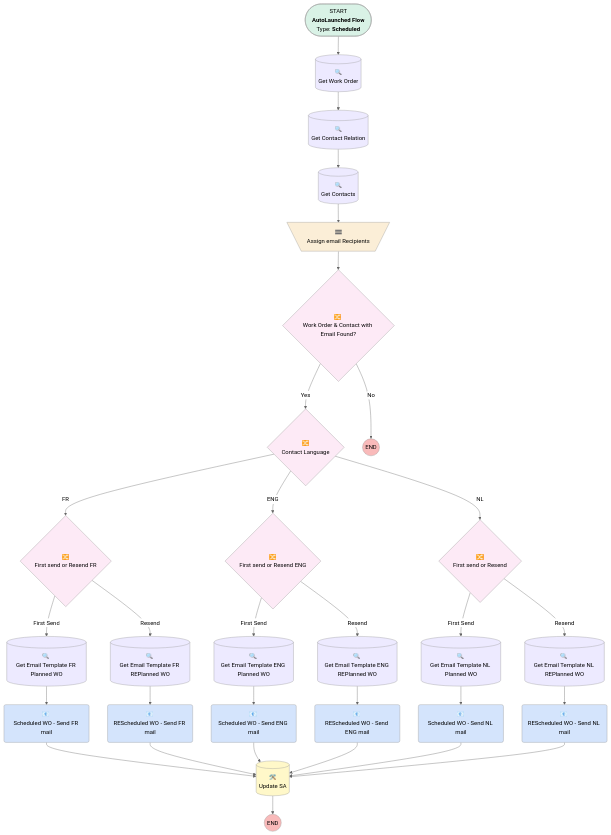
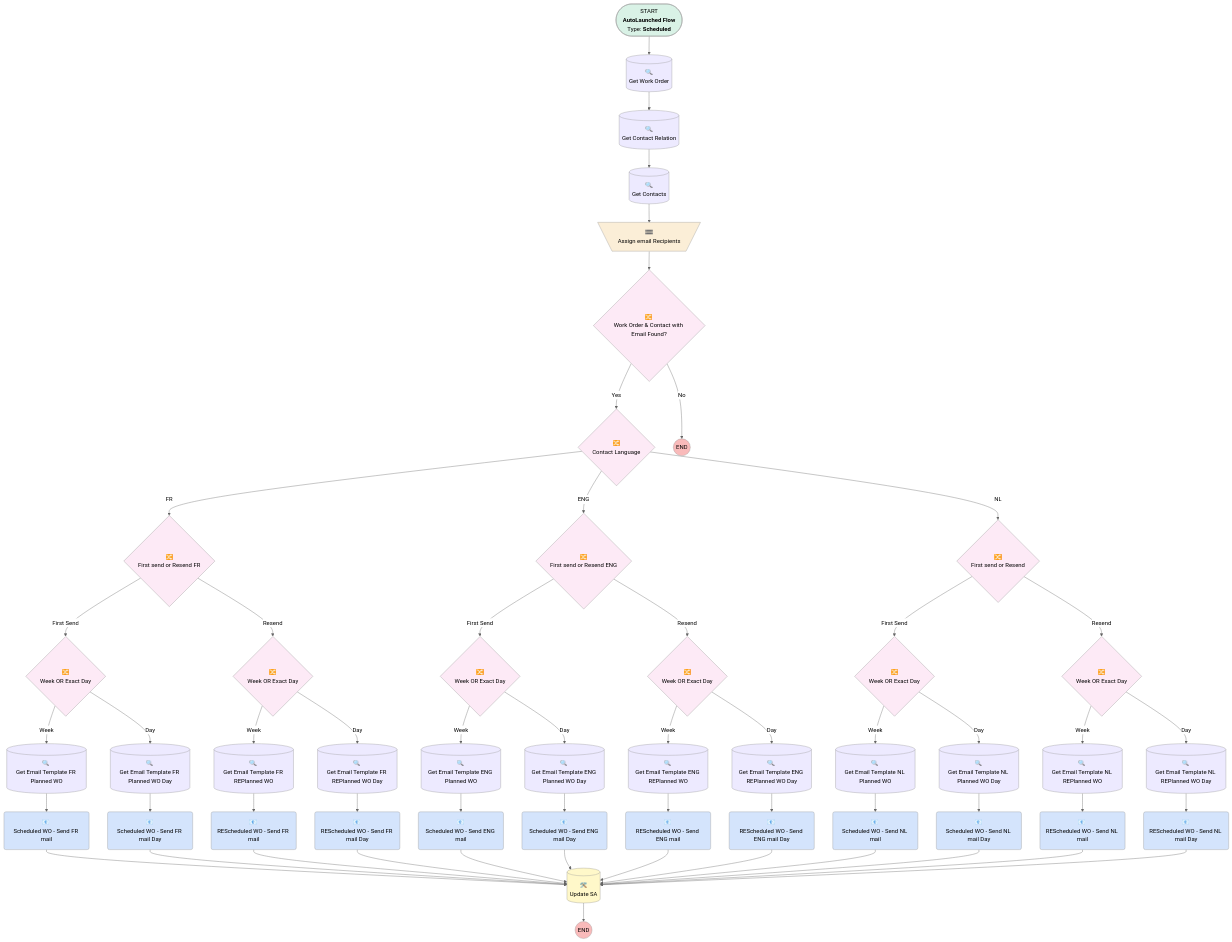
One commit to fpardon-upeo/krinkels-monitoring changed the diagram in docs/flows/Service_Appointment_Scheduled_Customer_Notification.md. Above: the diagram before and after it, drawn with Mermaid (neutral theme). The commit also changed other lines of this file and 254 other files, not shown here.

````diff
--- a/docs/flows/Service_Appointment_Scheduled_Customer_Notification.md
+++ b/docs/flows/Service_Appointment_Scheduled_Customer_Notification.md
@@ -11,25 +11,43 @@
 
 flowchart TB
 START(["START<br/><b>AutoLaunched Flow</b></br>Type: <b> Scheduled</b>"]):::startClass
-click START "#general-information" "1013521487"
+click START "#general-information" "1355914100"
 
 REScheduled_WO_Send_ENG_mail("📧 <em></em><br/>REScheduled WO - Send ENG mail"):::actionCalls
 click REScheduled_WO_Send_ENG_mail "#rescheduled_wo_send_eng_mail" "2135964102"
 
+REScheduled_WO_Send_ENG_mail_Day("📧 <em></em><br/>REScheduled WO - Send ENG mail Day"):::actionCalls
+click REScheduled_WO_Send_ENG_mail_Day "#rescheduled_wo_send_eng_mail_day" "1848631256"
+
 REScheduled_WO_Send_FR_mail("📧 <em></em><br/>REScheduled WO - Send FR mail"):::actionCalls
 click REScheduled_WO_Send_FR_mail "#rescheduled_wo_send_fr_mail" "1298286610"
+
+REScheduled_WO_Send_FR_mail_Day("📧 <em></em><br/>REScheduled WO - Send FR mail Day"):::actionCalls
+click REScheduled_WO_Send_FR_mail_Day "#rescheduled_wo_send_fr_mail_day" "3255687445"
 
 REScheduled_WO_Send_NL_mail("📧 <em></em><br/>REScheduled WO - Send NL mail"):::actionCalls
 click REScheduled_WO_Send_NL_mail "#rescheduled_wo_send_nl_mail" "3265677256"
 
+REScheduled_WO_Send_NL_mail_Day("📧 <em></em><br/>REScheduled WO - Send NL mail Day"):::actionCalls
+click REScheduled_WO_Send_NL_mail_Day "#rescheduled_wo_send_nl_mail_day" "3561876225"
+
 Scheduled_WO_Send_ENG_mail("📧 <em></em><br/>Scheduled WO - Send ENG mail"):::actionCalls
 click Scheduled_WO_Send_ENG_mail "#scheduled_wo_send_eng_mail" "3544746943"
+
+Scheduled_WO_Send_ENG_mail_Day("📧 <em></em><br/>Scheduled WO - Send ENG mail Day"):::actionCalls
+click Scheduled_WO_Send_ENG_mail_Day "#scheduled_wo_send_eng_mail_day" "4089875781"
 
 Scheduled_WO_Send_FR_mail("📧 <em></em><br/>Scheduled WO - Send FR mail"):::actionCalls
 click Scheduled_WO_Send_FR_mail "#scheduled_wo_send_fr_mail" "3198771491"
 
+Scheduled_WO_Send_FR_mail_Day("📧 <em></em><br/>Scheduled WO - Send FR mail Day"):::actionCalls
+click Scheduled_WO_Send_FR_mail_Day "#scheduled_wo_send_fr_mail_day" "1764086241"
+
 Scheduled_WO_Send_NL_mail("📧 <em></em><br/>Scheduled WO - Send NL mail"):::actionCalls
 click Scheduled_WO_Send_NL_mail "#scheduled_wo_send_nl_mail" "4240238333"
+
+Scheduled_WO_Send_NL_mail_Day("📧 <em></em><br/>Scheduled WO - Send NL mail Day"):::actionCalls
+click Scheduled_WO_Send_NL_mail_Day "#scheduled_wo_send_nl_mail_day" "1430351579"
 
 Assign_email_Recipients[\"🟰 <em></em><br/>Assign email Recipients"/]:::assignments
 click Assign_email_Recipients "#assign_email_recipients" "1274736035"
@@ -38,13 +56,31 @@
 click Contact_Language "#contact_language" "3593304308"
 
 First_send_or_Resend{"🔀 <em></em><br/>First send or Resend"}:::decisions
-click First_send_or_Resend "#first_send_or_resend" "3045810356"
+click First_send_or_Resend "#first_send_or_resend" "99629469"
 
 First_send_or_Resend_ENG{"🔀 <em></em><br/>First send or Resend ENG"}:::decisions
-click First_send_or_Resend_ENG "#first_send_or_resend_eng" "1805869661"
+click First_send_or_Resend_ENG "#first_send_or_resend_eng" "1733880066"
 
 First_send_or_Resend_FR{"🔀 <em></em><br/>First send or Resend FR"}:::decisions
-click First_send_or_Resend_FR "#first_send_or_resend_fr" "3510732964"
+click First_send_or_Resend_FR "#first_send_or_resend_fr" "3516670661"
+
+Week_OR_Exact_Day{"🔀 <em></em><br/>Week OR Exact Day"}:::decisions
+click Week_OR_Exact_Day "#week_or_exact_day" "3717360262"
+
+Week_OR_Exact_Day2{"🔀 <em></em><br/>Week OR Exact Day"}:::decisions
+click Week_OR_Exact_Day2 "#week_or_exact_day2" "3895424016"
+
+Week_OR_Exact_Day3{"🔀 <em></em><br/>Week OR Exact Day"}:::decisions
+click Week_OR_Exact_Day3 "#week_or_exact_day3" "1502737021"
+
+Week_OR_Exact_Day4{"🔀 <em></em><br/>Week OR Exact Day"}:::decisions
+click Week_OR_Exact_Day4 "#week_or_exact_day4" "3599736634"
+
+Week_OR_Exact_Day5{"🔀 <em></em><br/>Week OR Exact Day"}:::decisions
+click Week_OR_Exact_Day5 "#week_or_exact_day5" "767506239"
+
+Week_OR_Exact_Day6{"🔀 <em></em><br/>Week OR Exact Day"}:::decisions
+click Week_OR_Exact_Day6 "#week_or_exact_day6" "3028823591"
 
 Work_Order_Contact_with_Email_Found{"🔀 <em></em><br/>Work Order & Contact with Email Found?"}:::decisions
 click Work_Order_Contact_with_Email_Found "#work_order_contact_with_email_found" "531392331"
@@ -58,20 +94,38 @@
 Get_Email_Template_ENG_Planned_WO[("🔍 <em></em><br/>Get Email Template ENG Planned WO")]:::recordLookups
 click Get_Email_Template_ENG_Planned_WO "#get_email_template_eng_planned_wo" "2513349678"
 
+Get_Email_Template_ENG_Planned_WO_Day[("🔍 <em></em><br/>Get Email Template ENG Planned WO Day")]:::recordLookups
+click Get_Email_Template_ENG_Planned_WO_Day "#get_email_template_eng_planned_wo_day" "758035772"
+
 Get_Email_Template_ENG_REPlanned_WO[("🔍 <em></em><br/>Get Email Template ENG REPlanned WO")]:::recordLookups
 click Get_Email_Template_ENG_REPlanned_WO "#get_email_template_eng_replanned_wo" "3189420705"
+
+Get_Email_Template_ENG_REPlanned_WO_Day[("🔍 <em></em><br/>Get Email Template ENG REPlanned WO Day")]:::recordLookups
+click Get_Email_Template_ENG_REPlanned_WO_Day "#get_email_template_eng_replanned_wo_day" "3255117414"
 
 Get_Email_Template_FR_Planned_WO[("🔍 <em></em><br/>Get Email Template FR Planned WO")]:::recordLookups
 click Get_Email_Template_FR_Planned_WO "#get_email_template_fr_planned_wo" "2811645755"
 
+Get_Email_Template_FR_Planned_WO_Day[("🔍 <em></em><br/>Get Email Template FR Planned WO Day")]:::recordLookups
+click Get_Email_Template_FR_Planned_WO_Day "#get_email_template_fr_planned_wo_day" "572459346"
+
 Get_Email_Template_FR_REPlanned_WO[("🔍 <em></em><br/>Get Email Template FR REPlanned WO")]:::recordLookups
 click Get_Email_Template_FR_REPlanned_WO "#get_email_template_fr_replanned_wo" "1431363291"
+
+Get_Email_Template_FR_REPlanned_WO_Day[("🔍 <em></em><br/>Get Email Template FR REPlanned WO Day")]:::recordLookups
+click Get_Email_Template_FR_REPlanned_WO_Day "#get_email_template_fr_replanned_wo_day" "1099289124"
 
 Get_Email_Template_NL_Planned_WO[("🔍 <em></em><br/>Get Email Template NL Planned WO")]:::recordLookups
 click Get_Email_Template_NL_Planned_WO "#get_email_template_nl_planned_wo" "1854158430"
 
+Get_Email_Template_NL_Planned_WO_Day[("🔍 <em></em><br/>Get Email Template NL Planned WO Day")]:::recordLookups
+click Get_Email_Template_NL_Planned_WO_Day "#get_email_template_nl_planned_wo_day" "2012126435"
+
 Get_Email_Template_NL_REPlanned_WO[("🔍 <em></em><br/>Get Email Template NL REPlanned WO")]:::recordLookups
 click Get_Email_Template_NL_REPlanned_WO "#get_email_template_nl_replanned_wo" "992326223"
+
+Get_Email_Template_NL_REPlanned_WO_Day[("🔍 <em></em><br/>Get Email Template NL REPlanned WO Day")]:::recordLookups
+click Get_Email_Template_NL_REPlanned_WO_Day "#get_email_template_nl_replanned_wo_day" "4076393078"
 
 Get_work_Order[("🔍 <em></em><br/>Get Work Order")]:::recordLookups
 click Get_work_Order "#get_work_order" "4186512945"
@@ -80,31 +134,55 @@
 click Update_SA "#update_sa" "310899656"
 
 REScheduled_WO_Send_ENG_mail --> Update_SA
+REScheduled_WO_Send_ENG_mail_Day --> Update_SA
 REScheduled_WO_Send_FR_mail --> Update_SA
+REScheduled_WO_Send_FR_mail_Day --> Update_SA
 REScheduled_WO_Send_NL_mail --> Update_SA
+REScheduled_WO_Send_NL_mail_Day --> Update_SA
 Scheduled_WO_Send_ENG_mail --> Update_SA
+Scheduled_WO_Send_ENG_mail_Day --> Update_SA
 Scheduled_WO_Send_FR_mail --> Update_SA
+Scheduled_WO_Send_FR_mail_Day --> Update_SA
 Scheduled_WO_Send_NL_mail --> Update_SA
+Scheduled_WO_Send_NL_mail_Day --> Update_SA
 Assign_email_Recipients --> Work_Order_Contact_with_Email_Found
 Contact_Language --> |"FR"| First_send_or_Resend_FR
 Contact_Language --> |"ENG"| First_send_or_Resend_ENG
 Contact_Language --> |"NL"| First_send_or_Resend
-First_send_or_Resend --> |"First Send"| Get_Email_Template_NL_Planned_WO
-First_send_or_Resend --> |"Resend"| Get_Email_Template_NL_REPlanned_WO
-First_send_or_Resend_ENG --> |"First Send"| Get_Email_Template_ENG_Planned_WO
-First_send_or_Resend_ENG --> |"Resend"| Get_Email_Template_ENG_REPlanned_WO
-First_send_or_Resend_FR --> |"First Send"| Get_Email_Template_FR_Planned_WO
-First_send_or_Resend_FR --> |"Resend"| Get_Email_Template_FR_REPlanned_WO
+First_send_or_Resend --> |"First Send"| Week_OR_Exact_Day5
+First_send_or_Resend --> |"Resend"| Week_OR_Exact_Day6
+First_send_or_Resend_ENG --> |"First Send"| Week_OR_Exact_Day3
+First_send_or_Resend_ENG --> |"Resend"| Week_OR_Exact_Day4
+First_send_or_Resend_FR --> |"First Send"| Week_OR_Exact_Day
+First_send_or_Resend_FR --> |"Resend"| Week_OR_Exact_Day2
+Week_OR_Exact_Day --> |"Week"| Get_Email_Template_FR_Planned_WO
+Week_OR_Exact_Day --> |"Day"| Get_Email_Template_FR_Planned_WO_Day
+Week_OR_Exact_Day2 --> |"Week"| Get_Email_Template_FR_REPlanned_WO
+Week_OR_Exact_Day2 --> |"Day"| Get_Email_Template_FR_REPlanned_WO_Day
+Week_OR_Exact_Day3 --> |"Week"| Get_Email_Template_ENG_Planned_WO
+Week_OR_Exact_Day3 --> |"Day"| Get_Email_Template_ENG_Planned_WO_Day
+Week_OR_Exact_Day4 --> |"Week"| Get_Email_Template_ENG_REPlanned_WO
+Week_OR_Exact_Day4 --> |"Day"| Get_Email_Template_ENG_REPlanned_WO_Day
+Week_OR_Exact_Day5 --> |"Week"| Get_Email_Template_NL_Planned_WO
+Week_OR_Exact_Day5 --> |"Day"| Get_Email_Template_NL_Planned_WO_Day
+Week_OR_Exact_Day6 --> |"Week"| Get_Email_Template_NL_REPlanned_WO
+Week_OR_Exact_Day6 --> |"Day"| Get_Email_Template_NL_REPlanned_WO_Day
 Work_Order_Contact_with_Email_Found --> |"Yes"| Contact_Language
 Work_Order_Contact_with_Email_Found --> |"No"| END_Work_Order_Contact_with_Email_Found
 Get_Contact_Relation --> Get_Contacts
 Get_Contacts --> Assign_email_Recipients
 Get_Email_Template_ENG_Planned_WO --> Scheduled_WO_Send_ENG_mail
+Get_Email_Template_ENG_Planned_WO_Day --> Scheduled_WO_Send_ENG_mail_Day
 Get_Email_Template_ENG_REPlanned_WO --> REScheduled_WO_Send_ENG_mail
+Get_Email_Template_ENG_REPlanned_WO_Day --> REScheduled_WO_Send_ENG_mail_Day
 Get_Email_Template_FR_Planned_WO --> Scheduled_WO_Send_FR_mail
+Get_Email_Template_FR_Planned_WO_Day --> Scheduled_WO_Send_FR_mail_Day
 Get_Email_Template_FR_REPlanned_WO --> REScheduled_WO_Send_FR_mail
+Get_Email_Template_FR_REPlanned_WO_Day --> REScheduled_WO_Send_FR_mail_Day
 Get_Email_Template_NL_Planned_WO --> Scheduled_WO_Send_NL_mail
+Get_Email_Template_NL_Planned_WO_Day --> Scheduled_WO_Send_NL_mail_Day
 Get_Email_Template_NL_REPlanned_WO --> REScheduled_WO_Send_NL_mail
+Get_Email_Template_NL_REPlanned_WO_Day --> REScheduled_WO_Send_NL_mail_Day
 Get_work_Order --> Get_Contact_Relation
 Update_SA --> END_Update_SA
 START -->  Get_work_Order
@@ -112,20 +190,20 @@
 END_Update_SA(( END )):::endClass
 
 
-classDef actionCalls fill:#D4E4FC,color:black,max-height:100px
-classDef assignments fill:#FBEED7,color:black,max-height:100px
-classDef collectionProcessors fill:#F0E3FA,color:black,max-height:100px
-classDef customErrors fill:#FFE9E9,color:black,max-height:100px
-classDef decisions fill:#FDEAF6,color:black,max-height:100px
-classDef loops fill:#FDEAF6,color:black,max-height:100px
-classDef recordCreates fill:#FFF8C9,color:black,max-height:100px
-classDef recordDeletes fill:#FFF8C9,color:black,max-height:100px
-classDef recordLookups fill:#EDEAFF,color:black,max-height:100px
-classDef recordUpdates fill:#FFF8C9,color:black,max-height:100px
-classDef screens fill:#DFF6FF,color:black,max-height:100px
-classDef subflows fill:#D4E4FC,color:black,max-height:100px
-classDef startClass fill:#D9F2E6,color:black,max-height:100px
-classDef endClass fill:#F9BABA,color:black,max-height:100px
+classDef actionCalls fill:#D4E4FC,color:black,text-decoration:none,max-height:100px
+classDef assignments fill:#FBEED7,color:black,text-decoration:none,max-height:100px
+classDef collectionProcessors fill:#F0E3FA,color:black,text-decoration:none,max-height:100px
+classDef customErrors fill:#FFE9E9,color:black,text-decoration:none,max-height:100px
+classDef decisions fill:#FDEAF6,color:black,text-decoration:none,max-height:100px
+classDef loops fill:#FDEAF6,color:black,text-decoration:none,max-height:100px
+classDef recordCreates fill:#FFF8C9,color:black,text-decoration:none,max-height:100px
+classDef recordDeletes fill:#FFF8C9,color:black,text-decoration:none,max-height:100px
+classDef recordLookups fill:#EDEAFF,color:black,text-decoration:none,max-height:100px
+classDef recordUpdates fill:#FFF8C9,color:black,text-decoration:none,max-height:100px
+classDef screens fill:#DFF6FF,color:black,text-decoration:none,max-height:100px
+classDef subflows fill:#D4E4FC,color:black,text-decoration:none,max-height:100px
+classDef startClass fill:#D9F2E6,color:black,text-decoration:none,max-height:100px
+classDef endClass fill:#F9BABA,color:black,text-decoration:none,max-height:100px
 
 
 ```
````
